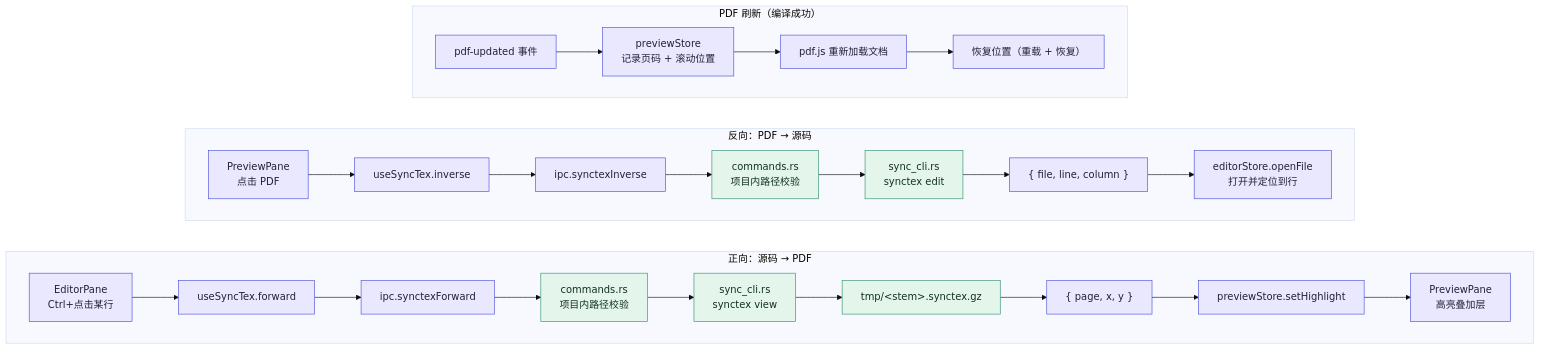
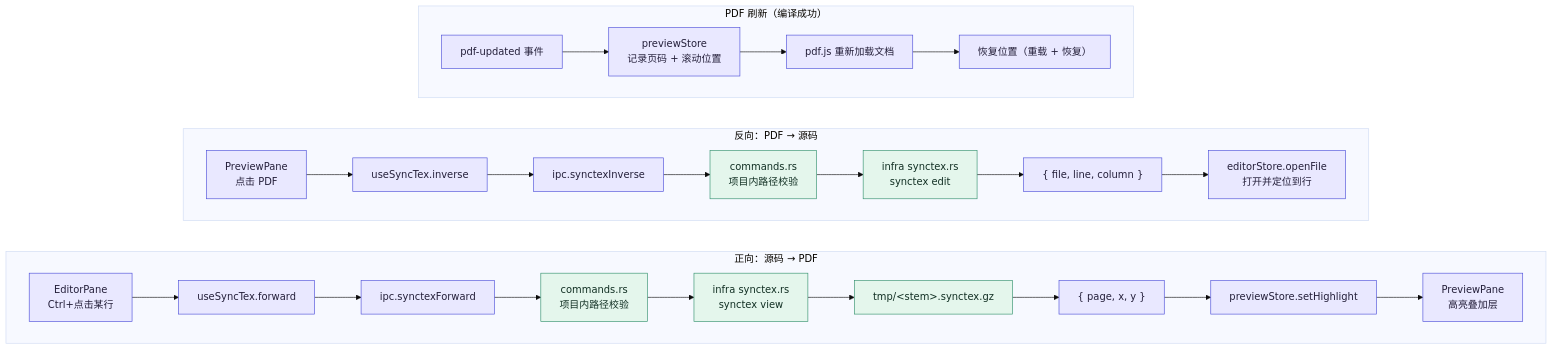
The fourth of 4 diagrams in docs/architecture-diagram.md (VinciBeans/Latteset), drawn with Mermaid (base theme) before and after one commit. The commit also changed other lines of this file and 29 other files, not shown here.

````diff
--- a/docs/architecture-diagram.md
+++ b/docs/architecture-diagram.md
@@ -213,36 +224,36 @@
 ```mermaid
 flowchart LR
   subgraph FWD["正向：源码 → PDF"]
     direction LR
     A1["EditorPane<br/>Ctrl+点击某行"] --> A2["useSyncTex.forward"]
     A2 --> A3["ipc.synctexForward"]
     A3 --> A4["commands.rs<br/>项目内路径校验"]
-    A4 --> A5["sync_cli.rs<br/>synctex view"]
+    A4 --> A5["infra synctex.rs<br/>synctex view"]
     A5 --> A6["tmp/&lt;stem&gt;.synctex.gz"]
     A6 --> A7["{ page, x, y }"]
     A7 --> A8["previewStore.setHighlight"]
     A8 --> A9["PreviewPane<br/>高亮叠加层"]
   end
 
   subgraph BWD["反向：PDF → 源码"]
     direction LR
     B1["PreviewPane<br/>点击 PDF"] --> B2["useSyncTex.inverse"]
     B2 --> B3["ipc.synctexInverse"]
     B3 --> B4["commands.rs<br/>项目内路径校验"]
-    B4 --> B5["sync_cli.rs<br/>synctex edit"]
+    B4 --> B5["infra synctex.rs<br/>synctex edit"]
     B5 --> B6["{ file, line, column }"]
     B6 --> B7["editorStore.openFile<br/>打开并定位到行"]
   end
 
   subgraph REFRESH["PDF 刷新（编译成功）"]
     direction LR
     C1["pdf-updated 事件"] --> C2["previewStore<br/>记录页码 + 滚动位置"]
     C2 --> C3["pdf.js 重新加载文档"]
     C3 --> C4["恢复位置（重载 + 恢复）"]
   end
 
   classDef fe fill:#e9e8ff,stroke:#4a4cd8,color:#241f3a
   classDef rust fill:#e4f6ec,stroke:#2f8f6b,color:#123024
   class A1,A2,A3,A7,A8,A9,B1,B2,B3,B6,B7,C1,C2,C3,C4 fe
   class A4,A5,A6,B4,B5 rust
 ```
````
